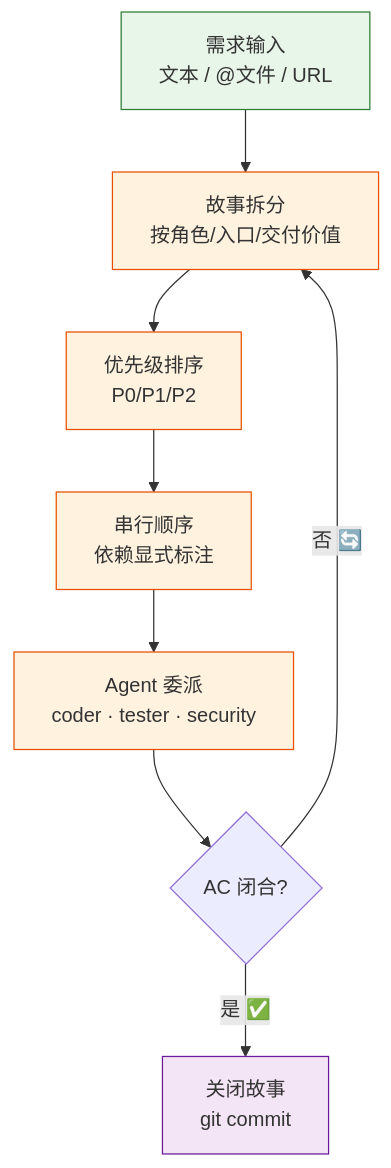
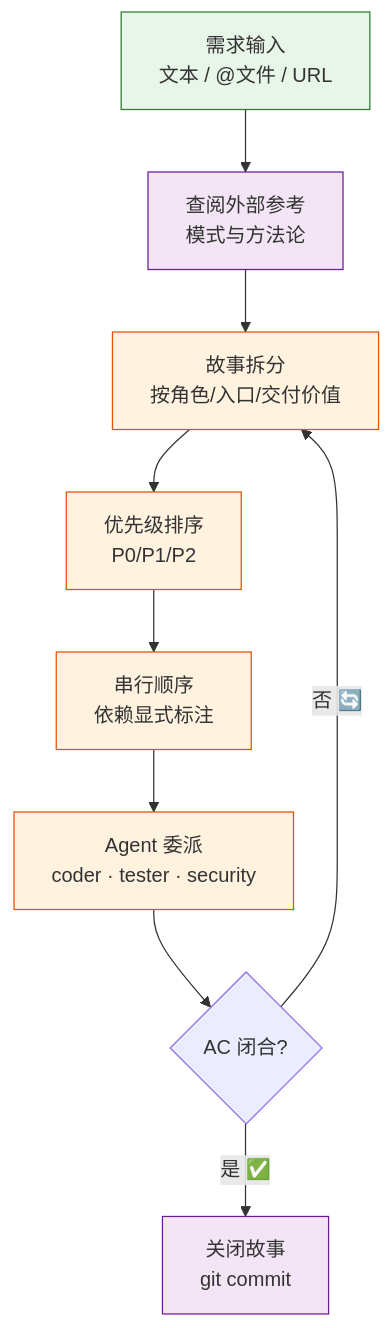
One commit to effiy/YrY changed the first of 5 diagrams in agents/pm.md. Above: the diagram before and after it, drawn with Mermaid. The commit also changed other lines of this file and 11 other files, not shown here.

````diff
--- a/agents/pm.md
+++ b/agents/pm.md
@@ -13,14 +13,16 @@
 ```mermaid
 flowchart TB
-    REQ["需求输入<br/>文本 / @文件 / URL"]:::src --> SPLIT["故事拆分<br/>按角色/入口/交付价值"]:::pm
+    REQ["需求输入<br/>文本 / @文件 / URL"]:::src --> REF["查阅外部参考<br/>模式与方法论"]:::ref
+    REF --> SPLIT["故事拆分<br/>按角色/入口/交付价值"]:::pm
     SPLIT --> PRI["优先级排序<br/>P0/P1/P2"]:::pm
     PRI --> SEQ["串行顺序<br/>依赖显式标注"]:::pm
     SEQ --> DEL["Agent 委派<br/>coder · tester · security"]:::pm
     DEL --> AC{"AC 闭合?"}
     AC -->|"否 🔄"| SPLIT
     AC -->|"是 ✅"| CLOSE["关闭故事<br/>git commit"]:::done
 
     classDef src fill:#e8f5e9,stroke:#2e7d32;
+    classDef ref fill:#f3e5f5,stroke:#6a1b9a;
     classDef pm fill:#fff3e0,stroke:#e65100;
     classDef done fill:#f3e5f5,stroke:#6a1b9a;
 ```
````
